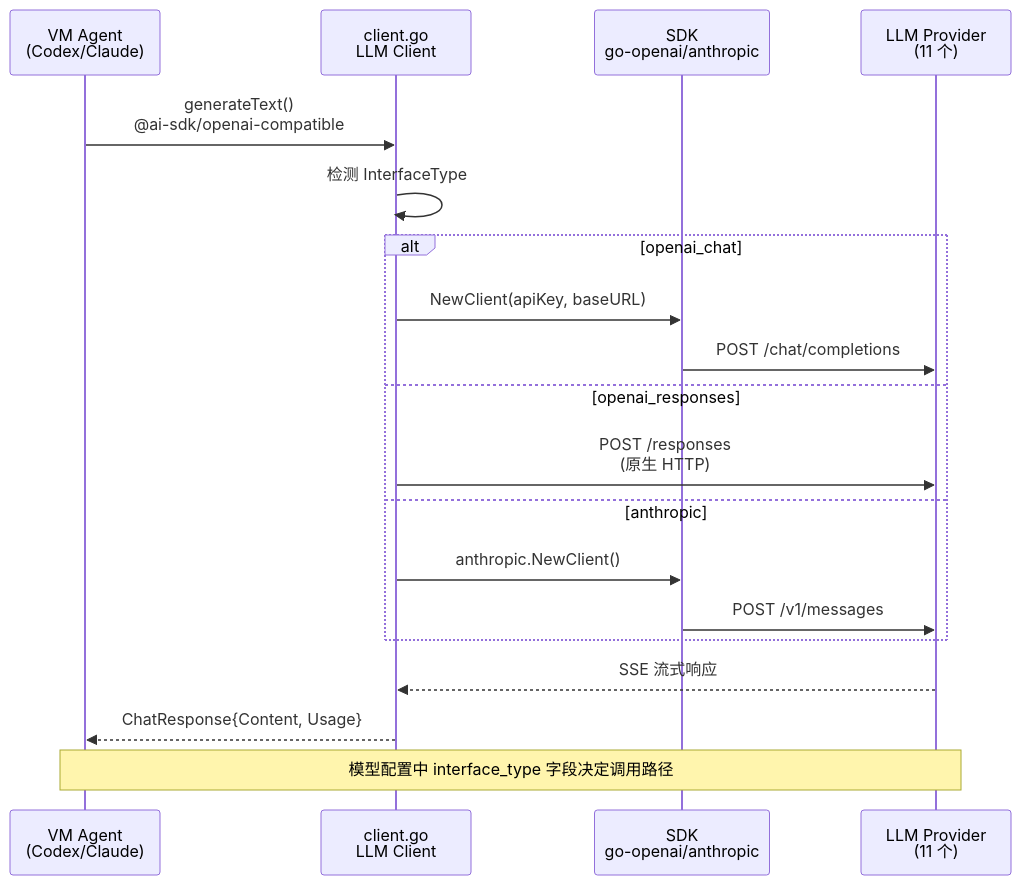
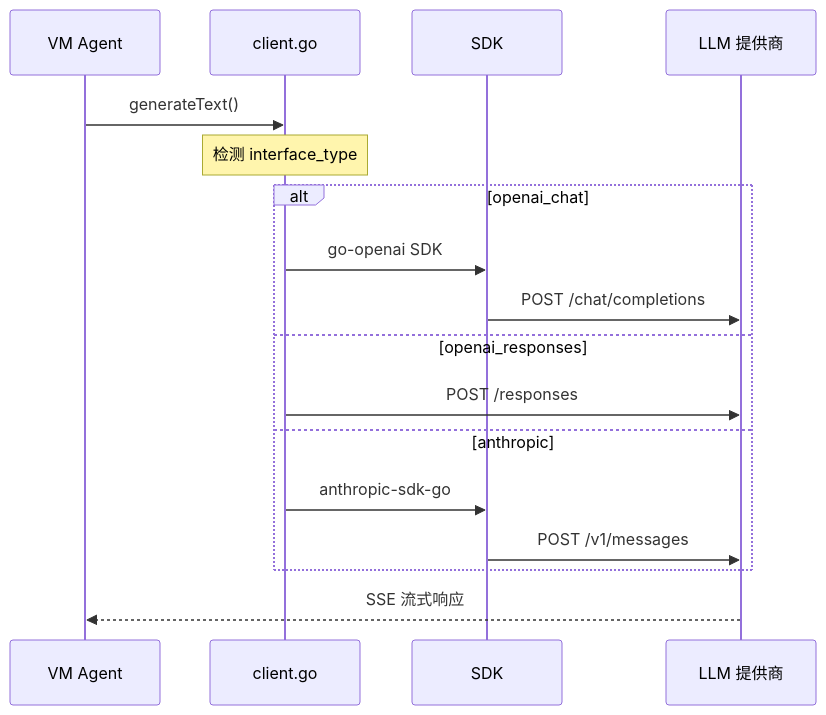
One commit to vibe-coding-labs/MonkeyCodeReverseEngineer changed the second of 2 diagrams in docs/03-llm/README.md. Above: the diagram before and after it, drawn with Mermaid. The commit also changed other lines of this file and 11 other files, not shown here.

````diff
--- a/docs/03-llm/README.md
+++ b/docs/03-llm/README.md
@@ -25,23 +23,20 @@
 ```mermaid
 sequenceDiagram
-    participant Agent as VM Agent<br/>(Codex/Claude)
-    participant Client as client.go<br/>LLM Client
-    participant SDK as SDK<br/>go-openai/anthropic
-    participant Provider as LLM Provider<br/>(11 个)
+    participant Agent as VM Agent
+    participant Client as client.go
+    participant SDK as SDK
+    participant Provider as LLM 提供商
 
-    Agent->>Client: generateText()<br/>@ai-sdk/openai-compatible
-    Client->>Client: 检测 InterfaceType
+    Agent->>Client: generateText()
+    Note over Client: 检测 interface_type
     alt openai_chat
-        Client->>SDK: NewClient(apiKey, baseURL)
+        Client->>SDK: go-openai SDK
         SDK->>Provider: POST /chat/completions
     else openai_responses
-        Client->>Provider: POST /responses<br/>(原生 HTTP)
+        Client->>Provider: POST /responses
     else anthropic
-        Client->>SDK: anthropic.NewClient()
+        Client->>SDK: anthropic-sdk-go
         SDK->>Provider: POST /v1/messages
     end
-    Provider-->>Client: SSE 流式响应
-    Client-->>Agent: ChatResponse{Content, Usage}
-
-    Note over Agent,Provider: 模型配置中 interface_type 字段决定调用路径
+    Provider-->>Agent: SSE 流式响应
 ```
````
